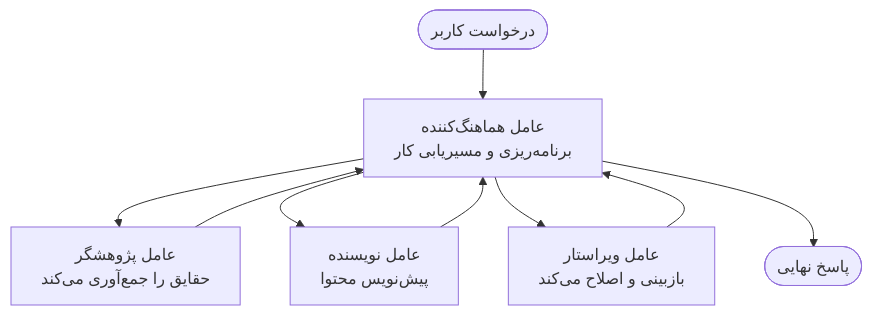
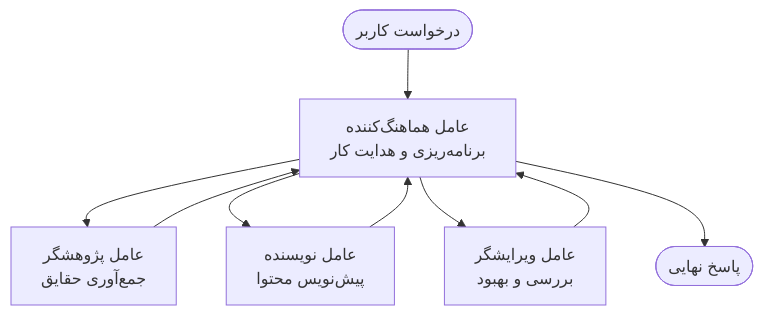
One commit to microsoft/AZD-for-beginners changed the diagram in translations/fa/docs/chapter-05-multi-agent/multi-agent-basics.md. Above: the diagram before and after it, drawn with Mermaid. The commit also changed other lines of this file and 60 other files, not shown here.

````diff
--- a/translations/fa/docs/chapter-05-multi-agent/multi-agent-basics.md
+++ b/translations/fa/docs/chapter-05-multi-agent/multi-agent-basics.md
@@ -43,11 +43,11 @@
 ```mermaid
 graph TD
-    User([درخواست کاربر]) --> Orchestrator[عامل هماهنگ‌کننده<br/>برنامه‌ریزی و مسیریابی کار]
-    Orchestrator --> Researcher[عامل پژوهشگر<br/>حقایق را جمع‌آوری می‌کند]
+    User([درخواست کاربر]) --> Orchestrator[عامل هماهنگ‌کننده<br/>برنامه‌ریزی و هدایت کار]
+    Orchestrator --> Researcher[عامل پژوهشگر<br/>جمع‌آوری حقایق]
     Orchestrator --> Writer[عامل نویسنده<br/>پیش‌نویس محتوا]
-    Orchestrator --> Editor[عامل ویراستار<br/>بازبینی و اصلاح می‌کند]
+    Orchestrator --> Editor[عامل ویرایشگر<br/>بررسی و بهبود]
     Researcher --> Orchestrator
     Writer --> Orchestrator
     Editor --> Orchestrator
     Orchestrator --> Result([پاسخ نهایی])
 ```
````
